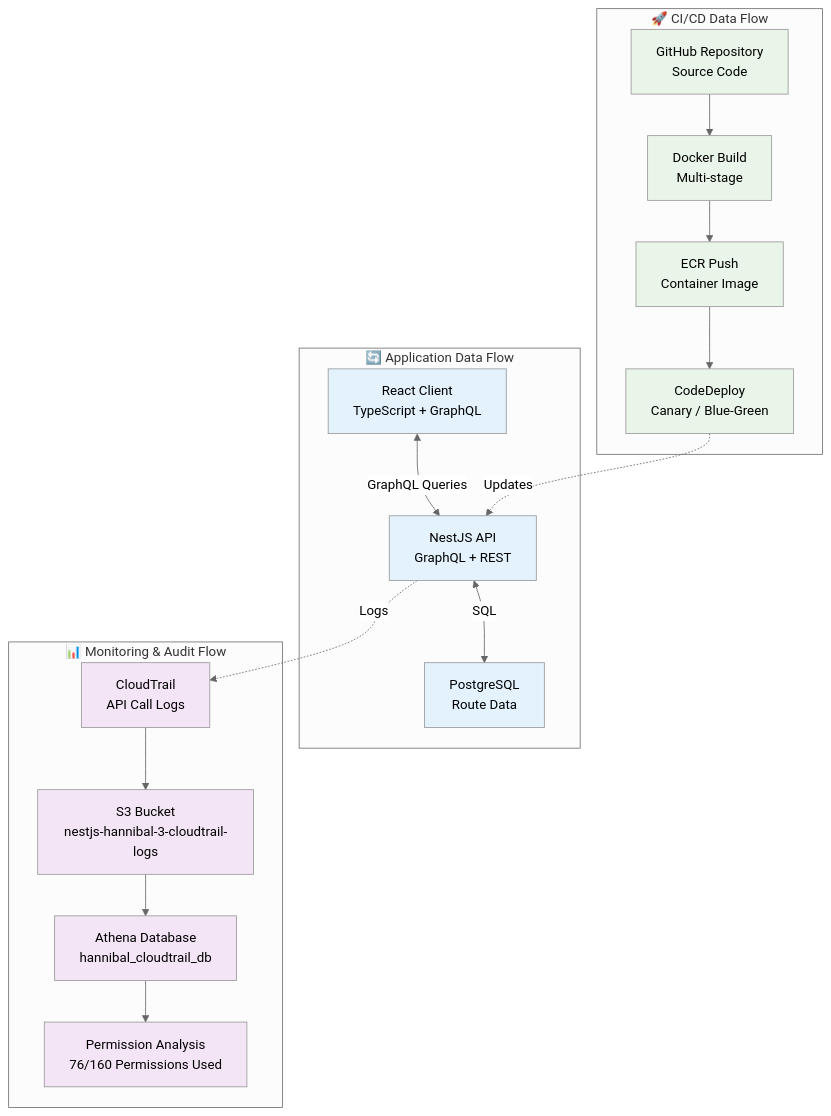
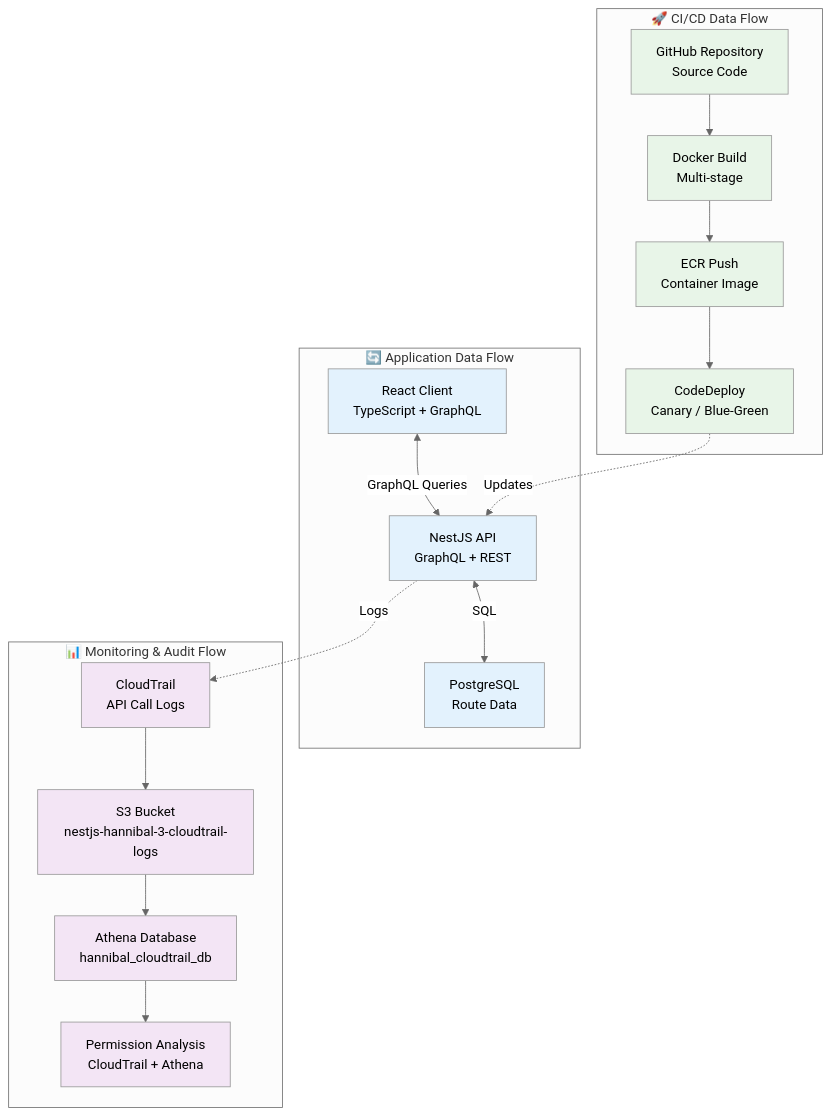
The diagram in docs/operations/monitoring.md (kmryst/terraform-hannibal), drawn with Mermaid (neutral theme) before and after one commit. The commit also changed other lines of this file and 1 other file, not shown here.

````diff
--- a/docs/operations/monitoring.md
+++ b/docs/operations/monitoring.md
@@ -5,49 +5,49 @@
 ```mermaid
 graph TB
     %% Application Flow
     subgraph "🔄 Application Data Flow"
         Client[React Client<br/>TypeScript + GraphQL]
         API[NestJS API<br/>GraphQL + REST]
         DB[PostgreSQL<br/>Route Data]
         
         Client <--> |GraphQL Queries| API
         API <--> |SQL| DB
     end
     
     %% Monitoring Flow
     subgraph "📊 Monitoring & Audit Flow"
         CloudTrail[CloudTrail<br/>API Call Logs]
         S3_Logs[S3 Bucket<br/>nestjs-hannibal-3-cloudtrail-logs]
         Athena_DB[Athena Database<br/>hannibal_cloudtrail_db]
-        Analysis[Permission Analysis<br/>76/160 Permissions Used]
+        Analysis[Permission Analysis<br/>CloudTrail + Athena]
         
         CloudTrail --> S3_Logs
         S3_Logs --> Athena_DB
         Athena_DB --> Analysis
     end
     
     %% CI/CD Data Flow
     subgraph "🚀 CI/CD Data Flow"
         GitHub_Code[GitHub Repository<br/>Source Code]
         Docker_Build[Docker Build<br/>Multi-stage]
         ECR_Push[ECR Push<br/>Container Image]
         ECS_Deploy[CodeDeploy<br/>Canary / Blue-Green]
         
         GitHub_Code --> Docker_Build
         Docker_Build --> ECR_Push
         ECR_Push --> ECS_Deploy
     end
     
     %% Connections
     API -.-> |Logs| CloudTrail
     ECS_Deploy -.-> |Updates| API
     
     %% Styling
     classDef app fill:#e3f2fd
     classDef monitor fill:#f3e5f5
     classDef cicd fill:#e8f5e8
     
     class Client,API,DB app
     class CloudTrail,S3_Logs,Athena_DB,Analysis monitor
     class GitHub_Code,Docker_Build,ECR_Push,ECS_Deploy cicd
 ```
````
